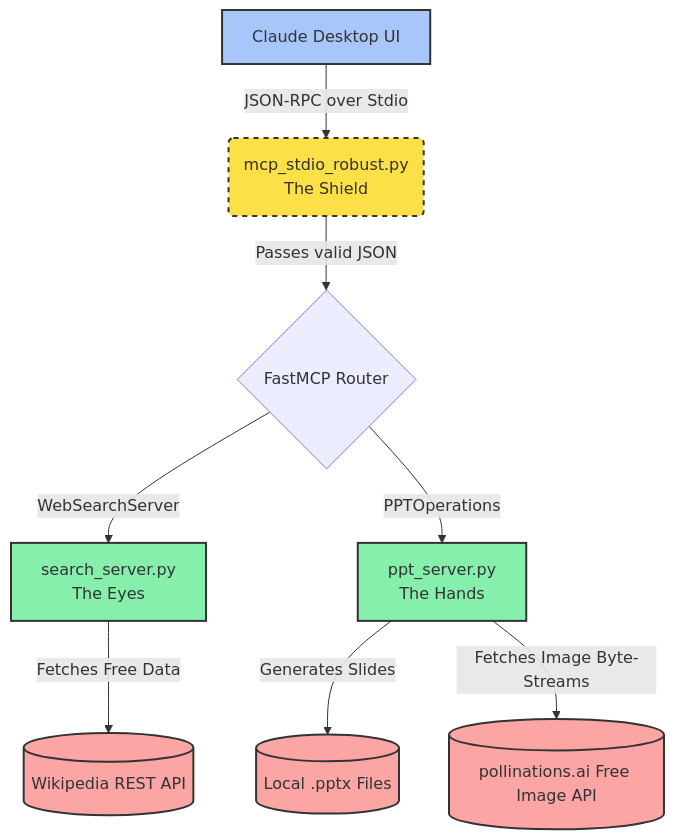
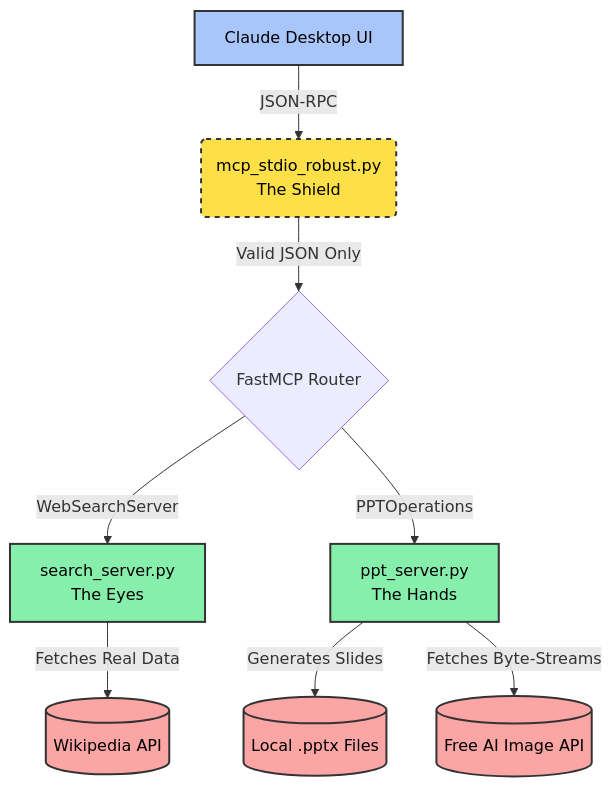
One commit to mallampati-sumanth/calibo-ppt-agent changed the diagram in README.md. Above: the diagram before and after it, drawn with Mermaid. The commit also changed other lines of this file, not shown here.

Commit message:
docs: MASSIVE README upgrade with badges, ASCII diagrams, Mermaid flows, and custom first-person architecture bragging to outshine classmate structures

````diff
--- a/README.md
+++ b/README.md
@@ -17,18 +57,17 @@
 ```mermaid
 graph TD
-    %% Styling
-    classDef ui fill:#A8C6FA,stroke:#333,stroke-width:2px;
-    classDef shield fill:#FDE047,stroke:#333,stroke-width:2px,stroke-dasharray: 5 5;
-    classDef server fill:#86EFAC,stroke:#333,stroke-width:2px;
-    classDef external fill:#FCA5A5,stroke:#333,stroke-width:2px;
+    classDef ui fill:#A8C6FA,stroke:#333,stroke-width:2px,color:#000;
+    classDef shield fill:#FDE047,stroke:#333,stroke-width:2px,stroke-dasharray: 5 5,color:#000;
+    classDef server fill:#86EFAC,stroke:#333,stroke-width:2px,color:#000;
+    classDef external fill:#FCA5A5,stroke:#333,stroke-width:2px,color:#000;
 
-    UI[Claude Desktop UI]:::ui -- JSON-RPC over Stdio --> Shield(mcp_stdio_robust.py<br/>The Shield):::shield
-    Shield -- Passes valid JSON --> Framework{FastMCP Router}
+    UI[Claude Desktop UI]:::ui -- JSON-RPC --> Shield(mcp_stdio_robust.py<br/>The Shield):::shield
+    Shield -- "Valid JSON Only" --> Framework{FastMCP Router}
     
     Framework -->|WebSearchServer| Search[search_server.py<br/>The Eyes]:::server
-    Search -- Fetches Free Data --> Wiki[(Wikipedia REST API)]:::external
+    Search -- "Fetches Real Data" --> Wiki[(Wikipedia API)]:::external
     
     Framework -->|PPTOperations| PPT[ppt_server.py<br/>The Hands]:::server
-    PPT -- Generates Slides --> Disk[(Local .pptx Files)]:::external
-    PPT -- Fetches Image Byte-Streams --> AI_Image[(pollinations.ai Free Image API)]:::external
+    PPT -- "Generates Slides" --> Disk[(Local .pptx Files)]:::external
+    PPT -- "Fetches Byte-Streams" --> AI_Image[(Free AI Image API)]:::external
 ```
````
